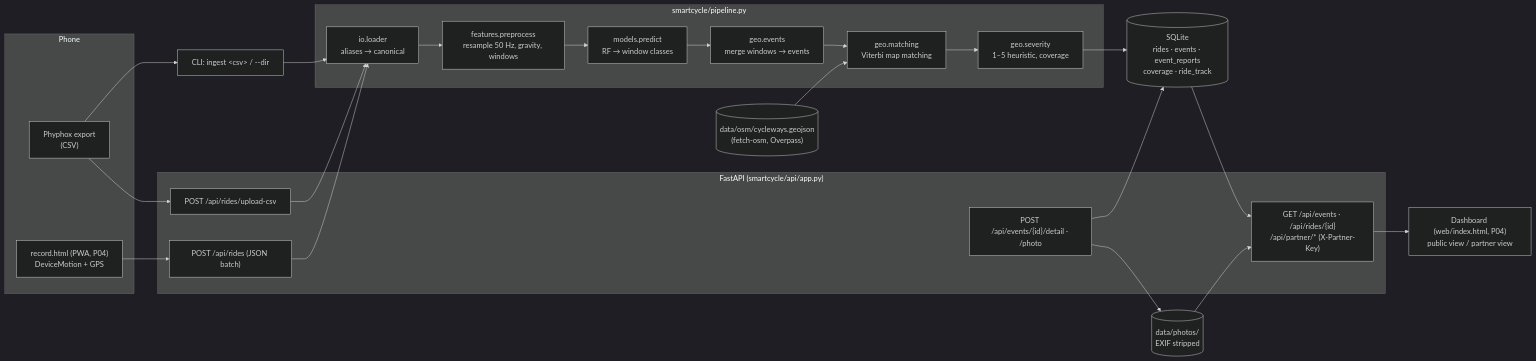
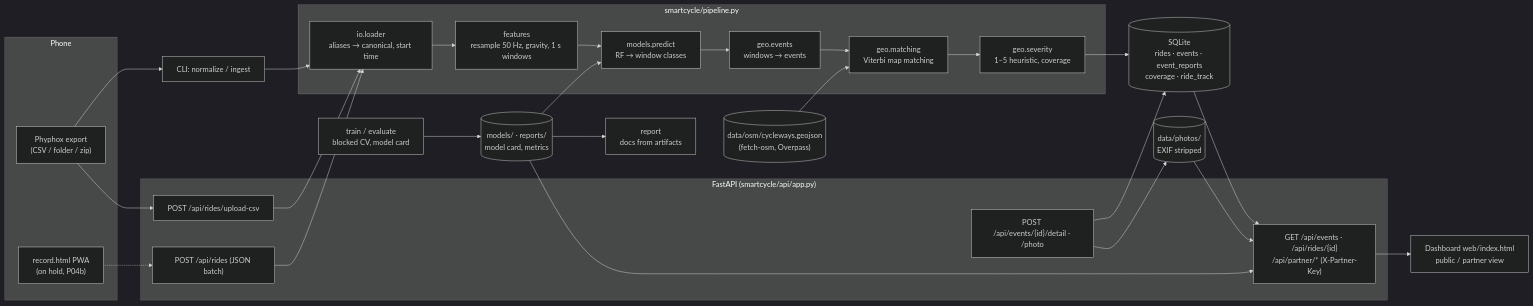
One commit to pemptoz/Smart-Cycle-MVP changed the diagram in docs/ARCHITECTURE.md. Above: the diagram before and after it, drawn with Mermaid (dark theme). The commit also changed other lines of this file and 24 other files, not shown here.

````diff
--- a/docs/ARCHITECTURE.md
+++ b/docs/ARCHITECTURE.md
@@ -5,39 +8,45 @@
 ```mermaid
 flowchart LR
   subgraph Phone
-    PWA["record.html (PWA, P04)<br/>DeviceMotion + GPS"]
-    PHY["Phyphox export<br/>(CSV)"]
+    PHY["Phyphox export<br/>(CSV / folder / zip)"]
+    PWA["record.html PWA<br/>(on hold, P04b)"]
   end
-  CLI["CLI: ingest &lt;csv&gt; / --dir"]
+  CLI["CLI: normalize / ingest"]
   subgraph API["FastAPI (smartcycle/api/app.py)"]
     UP["POST /api/rides/upload-csv"]
     JS["POST /api/rides (JSON batch)"]
     RD["GET /api/events · /api/rides/{id}<br/>/api/partner/* (X-Partner-Key)"]
     PH["POST /api/events/{id}/detail · /photo"]
   end
   subgraph Pipeline["smartcycle/pipeline.py"]
-    L["io.loader<br/>aliases → canonical"]
-    P["features.preprocess<br/>resample 50 Hz, gravity, windows"]
+    L["io.loader<br/>aliases → canonical, start time"]
+    P["features<br/>resample 50 Hz, gravity, 1 s windows"]
     M["models.predict<br/>RF → window classes"]
-    E["geo.events<br/>merge windows → events"]
+    E["geo.events<br/>windows → events"]
     MM["geo.matching<br/>Viterbi map matching"]
     S["geo.severity<br/>1–5 heuristic, coverage"]
   end
+  TRAIN["train / evaluate<br/>blocked CV, model card"]
+  REP["report<br/>docs from artifacts"]
   OSM[("data/osm/cycleways.geojson<br/>(fetch-osm, Overpass)")]
   DB[("SQLite<br/>rides · events · event_reports<br/>coverage · ride_track")]
   FS[("data/photos/<br/>EXIF stripped")]
-  DASH["Dashboard (web/index.html, P04)<br/>public view / partner view"]
+  ART[("models/ · reports/<br/>model card, metrics")]
+  DASH["Dashboard web/index.html<br/>public / partner view"]
 
-  PWA --> JS
   PHY --> UP
   PHY --> CLI
+  PWA -.-> JS
   UP --> L
   JS --> L
   CLI --> L
   L --> P --> M --> E --> MM --> S --> DB
   OSM --> MM
+  TRAIN --> ART --> M
+  ART --> REP
   PH --> DB
   PH --> FS
   DB --> RD --> DASH
   FS --> RD
+  ART --> RD
 ```
````
